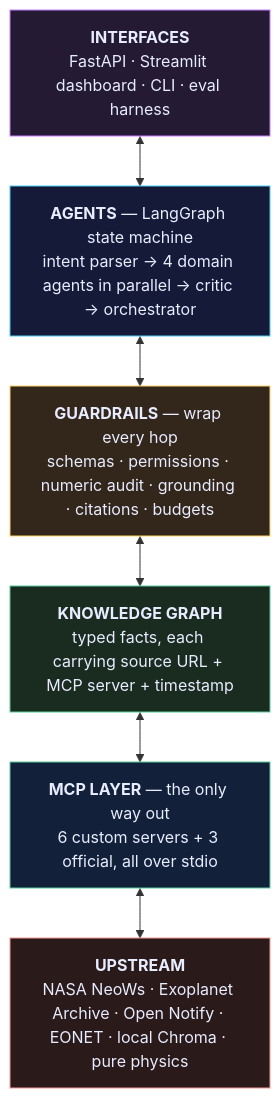
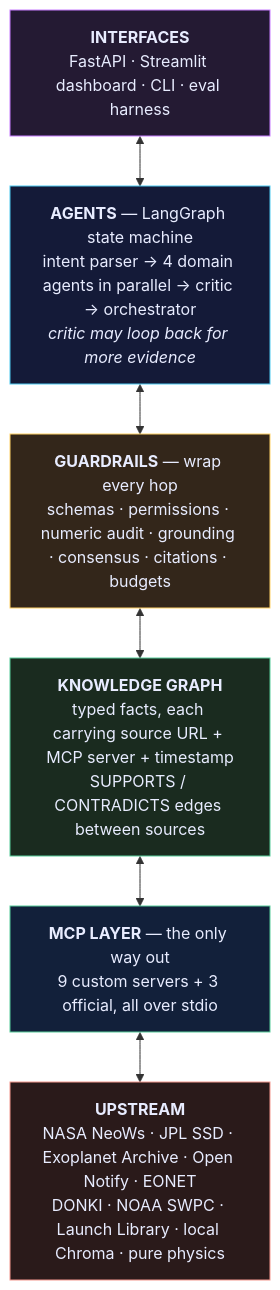
Before and after one commit to haarikaalla/Astral-Graph: the second of 4 diagrams in README.md, drawn with Mermaid. The commit also changed other lines of this file and 19 other files, not shown here.

First line of the commit message:
Add cross-source consensus, an evidence loop, and three live-API MCP servers

````diff
--- a/README.md
+++ b/README.md
@@ -129,28 +134,28 @@
 ```mermaid
 flowchart TB
-    L1[" <b>INTERFACES</b><br/>FastAPI · Streamlit dashboard · CLI · eval harness"]
-    L2[" <b>AGENTS</b> — LangGraph state machine<br/>intent parser → 4 domain agents in parallel → critic → orchestrator"]
-    L3[" <b>GUARDRAILS</b> — wrap every hop<br/>schemas · permissions · numeric audit · grounding · citations · budgets"]
-    L4[" <b>KNOWLEDGE GRAPH</b><br/>typed facts, each carrying source URL + MCP server + timestamp"]
-    L5[" <b>MCP LAYER</b> — the only way out<br/>6 custom servers + 3 official, all over stdio"]
-    L6[" <b>UPSTREAM</b><br/>NASA NeoWs · Exoplanet Archive · Open Notify · EONET · local Chroma · pure physics"]
+    L1["<b>INTERFACES</b><br/>FastAPI · Streamlit dashboard · CLI · eval harness"]
+    L2["<b>AGENTS</b> — LangGraph state machine<br/>intent parser → 4 domain agents in parallel → critic → orchestrator<br/><i>critic may loop back for more evidence</i>"]
+    L3["<b>GUARDRAILS</b> — wrap every hop<br/>schemas · permissions · numeric audit · grounding · consensus · citations · budgets"]
+    L4["<b>KNOWLEDGE GRAPH</b><br/>typed facts, each carrying source URL + MCP server + timestamp<br/>SUPPORTS / CONTRADICTS edges between sources"]
+    L5["<b>MCP LAYER</b> — the only way out<br/>9 custom servers + 3 official, all over stdio"]
+    L6["<b>UPSTREAM</b><br/>NASA NeoWs · JPL SSD · Exoplanet Archive · Open Notify · EONET<br/>DONKI · NOAA SWPC · Launch Library · local Chroma · pure physics"]
 
     L1 <--> L2
     L2 <--> L3
     L3 <--> L4
     L4 <--> L5
     L5 <--> L6
 
     classDef ui fill:#241a33,stroke:#c77dff,color:#e8ecff
     classDef ag fill:#141a38,stroke:#4cc9f0,color:#e8ecff
     classDef gd fill:#33261a,stroke:#ffd166,color:#e8ecff
     classDef kg fill:#1a2b1f,stroke:#57cc99,color:#e8ecff
     classDef mc fill:#12203a,stroke:#57cc99,color:#e8ecff
     classDef up fill:#2a1a1a,stroke:#f4978e,color:#e8ecff
     class L1 ui
     class L2 ag
     class L3 gd
     class L4 kg
     class L5 mc
     class L6 up
 ```
````
